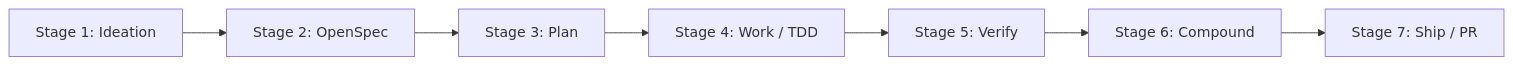
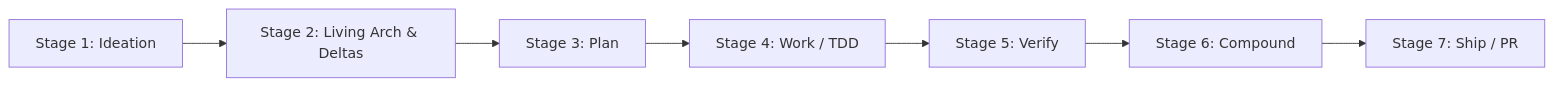
Before and after one commit to mastepanoski/ce-ai: the second of 7 diagrams in docs/user-guide/fsm-and-checkpoints-explained.md, drawn with Mermaid. The commit also changed other lines of this file and 14 other files, not shown here.

````diff
--- a/docs/user-guide/fsm-and-checkpoints-explained.md
+++ b/docs/user-guide/fsm-and-checkpoints-explained.md
@@ -47,9 +47,9 @@
 ```mermaid
 flowchart LR
-    S1[Stage 1: Ideation] --> S2[Stage 2: OpenSpec]
+    S1[Stage 1: Ideation] --> S2[Stage 2: Living Arch & Deltas]
     S2 --> S3[Stage 3: Plan]
     S3 --> S4[Stage 4: Work / TDD]
     S4 --> S5[Stage 5: Verify]
     S5 --> S6[Stage 6: Compound]
     S6 --> S7[Stage 7: Ship / PR]
 ```
````
